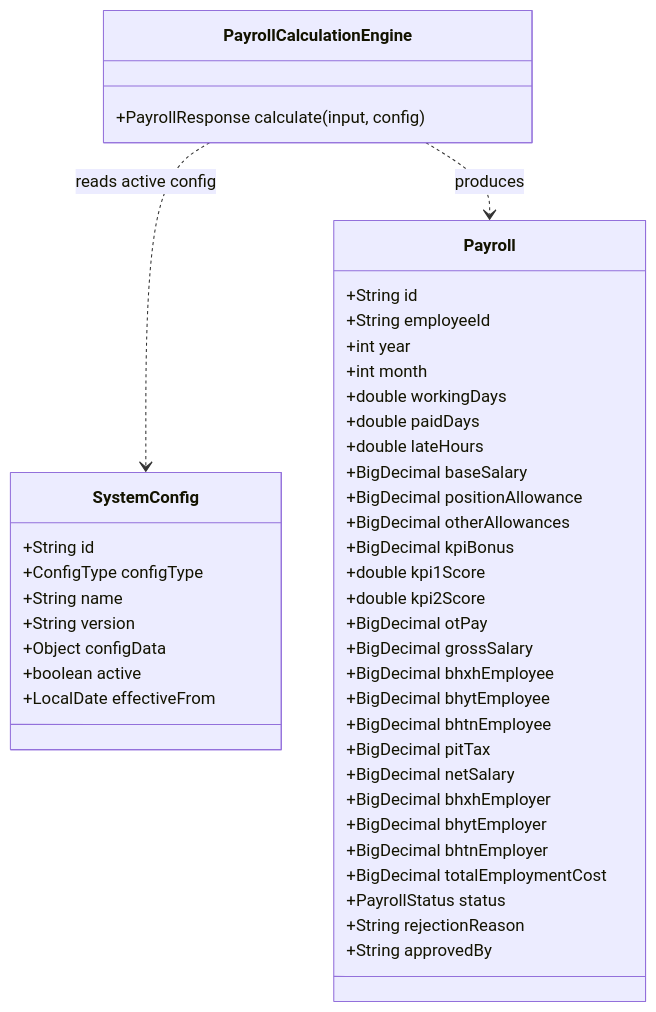
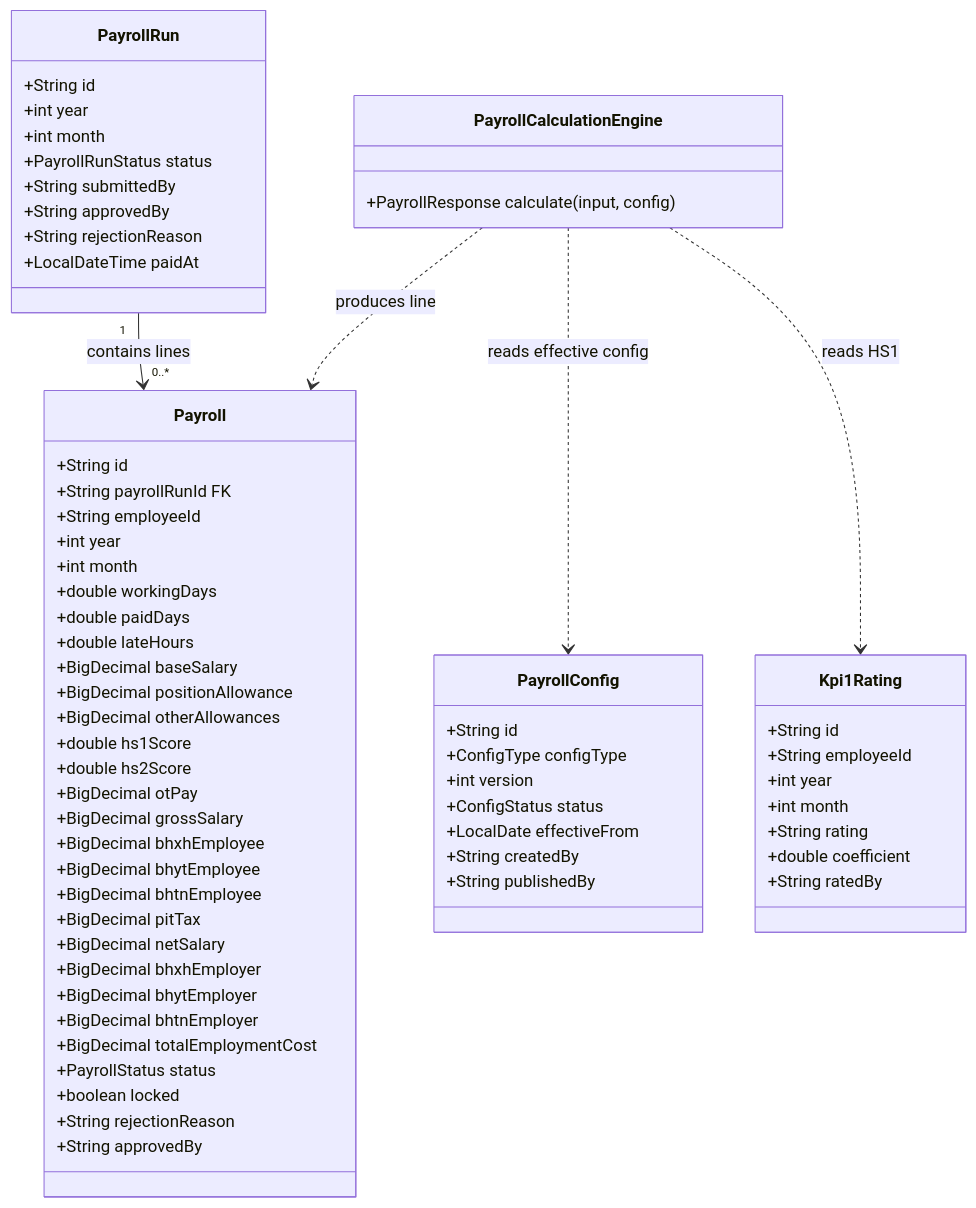
Before and after one commit to NBachTH/HRMS: diagram 16 of 19 in docs/DATN_20204812_NguyenThanhBach/DATN_20204812_NguyenThanhBach.md, drawn with Mermaid. The commit also changed other lines of this file and 88 other files, not shown here.

Commit message:
fix Contract, Payroll Run flow

````diff
--- a/docs/DATN_20204812_NguyenThanhBach/DATN_20204812_NguyenThanhBach.md
+++ b/docs/DATN_20204812_NguyenThanhBach/DATN_20204812_NguyenThanhBach.md
@@ -1565,47 +1645,69 @@
 ```mermaid
 classDiagram
+    class PayrollRun {
+        +String id
+        +int year
+        +int month
+        +PayrollRunStatus status
+        +String submittedBy
+        +String approvedBy
+        +String rejectionReason
+        +LocalDateTime paidAt
+    }
     class Payroll {
         +String id
+        +String payrollRunId FK
         +String employeeId
         +int year
         +int month
         +double workingDays
         +double paidDays
         +double lateHours
         +BigDecimal baseSalary
         +BigDecimal positionAllowance
         +BigDecimal otherAllowances
-        +BigDecimal kpiBonus
-        +double kpi1Score
-        +double kpi2Score
+        +double hs1Score
+        +double hs2Score
         +BigDecimal otPay
         +BigDecimal grossSalary
         +BigDecimal bhxhEmployee
         +BigDecimal bhytEmployee
         +BigDecimal bhtnEmployee
         +BigDecimal pitTax
         +BigDecimal netSalary
         +BigDecimal bhxhEmployer
         +BigDecimal bhytEmployer
         +BigDecimal bhtnEmployer
         +BigDecimal totalEmploymentCost
         +PayrollStatus status
+        +boolean locked
         +String rejectionReason
         +String approvedBy
     }
-    class SystemConfig {
+    class Kpi1Rating {
+        +String id
+        +String employeeId
+        +int year
+        +int month
+        +String rating
+        +double coefficient
+        +String ratedBy
+    }
+    class PayrollConfig {
         +String id
         +ConfigType configType
-        +String name
-        +String version
-        +Object configData
-        +boolean active
+        +int version
+        +ConfigStatus status
         +LocalDate effectiveFrom
+        +String createdBy
+        +String publishedBy
     }
     class PayrollCalculationEngine {
         +PayrollResponse calculate(input, config)
     }
 
-    PayrollCalculationEngine ..> SystemConfig : reads active config
-    PayrollCalculationEngine ..> Payroll : produces
+    PayrollRun "1" --> "0..*" Payroll : contains lines
+    PayrollCalculationEngine ..> PayrollConfig : reads effective config
+    PayrollCalculationEngine ..> Kpi1Rating : reads HS1
+    PayrollCalculationEngine ..> Payroll : produces line
 ```
````
